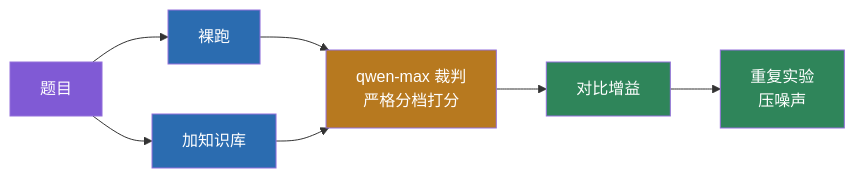
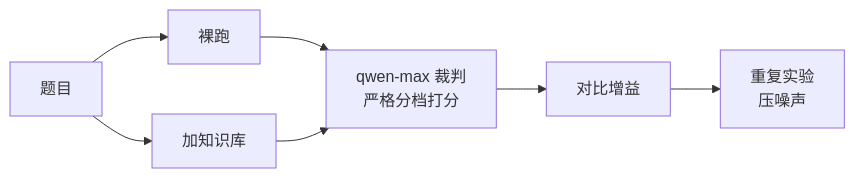
The eighth of 12 diagrams in README.md (Baixiaodou/comm-knowledge-graph), drawn with Mermaid before and after one commit. The commit also changed other lines of this file, not shown here.

Commit message:
docs: 重组 README 结构（目录置顶、快速开始前移、重复章节合并、大图收进折叠块）

````diff
--- a/README.md
+++ b/README.md
@@ -473,15 +431,9 @@
 ```mermaid
 flowchart LR
     Q["题目"] --> RAW["裸跑"]
     Q --> KB["加知识库"]
     RAW --> J["qwen-max 裁判<br/>严格分档打分"]
     KB --> J
     J --> G["对比增益"]
     G --> R["重复实验<br/>压噪声"]
-    style Q fill:#805ad5,color:#fff
-    style RAW fill:#2b6cb0,color:#fff
-    style KB fill:#2b6cb0,color:#fff
-    style J fill:#b7791f,color:#fff
-    style G fill:#2f855a,color:#fff
-    style R fill:#2f855a,color:#fff
 ```
````
